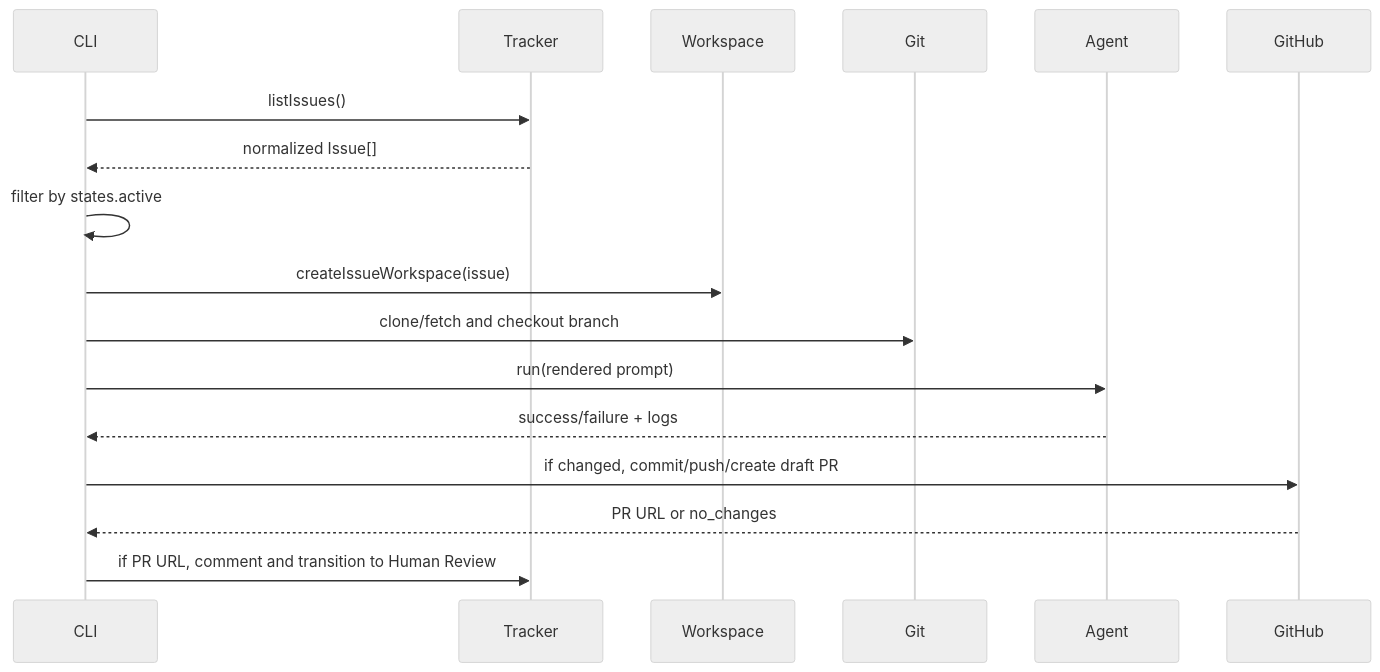
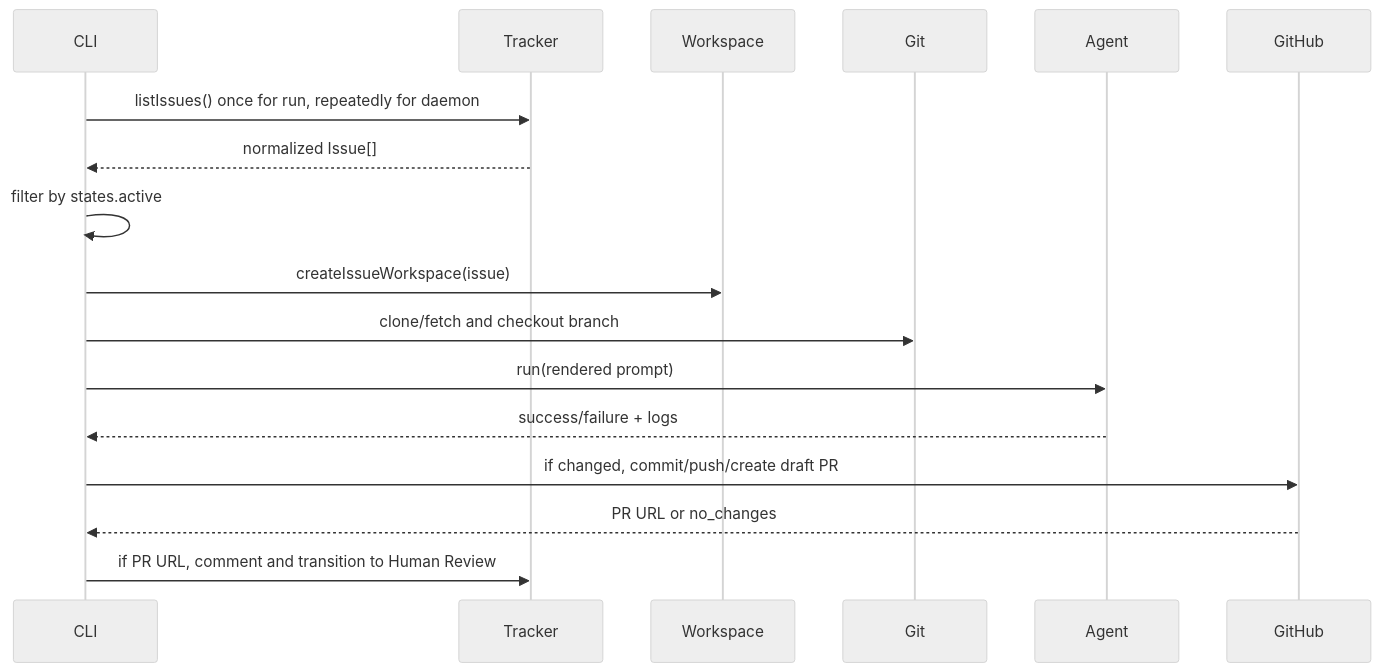
One commit to sherlockliu/symphony changed the second of 4 diagrams in README.md. Above: the diagram before and after it, drawn with Mermaid (neutral theme). The commit also changed other lines of this file and 45 other files, not shown here.

````diff
--- a/README.md
+++ b/README.md
@@ -254,20 +482,20 @@
 ```mermaid
 sequenceDiagram
     participant CLI
     participant Tracker
     participant Workspace
     participant Git
     participant Agent
     participant GitHub
 
-    CLI->>Tracker: listIssues()
+    CLI->>Tracker: listIssues() once for run, repeatedly for daemon
     Tracker-->>CLI: normalized Issue[]
     CLI->>CLI: filter by states.active
     CLI->>Workspace: createIssueWorkspace(issue)
     CLI->>Git: clone/fetch and checkout branch
     CLI->>Agent: run(rendered prompt)
     Agent-->>CLI: success/failure + logs
     CLI->>GitHub: if changed, commit/push/create draft PR
     GitHub-->>CLI: PR URL or no_changes
     CLI->>Tracker: if PR URL, comment and transition to Human Review
 ```
````
